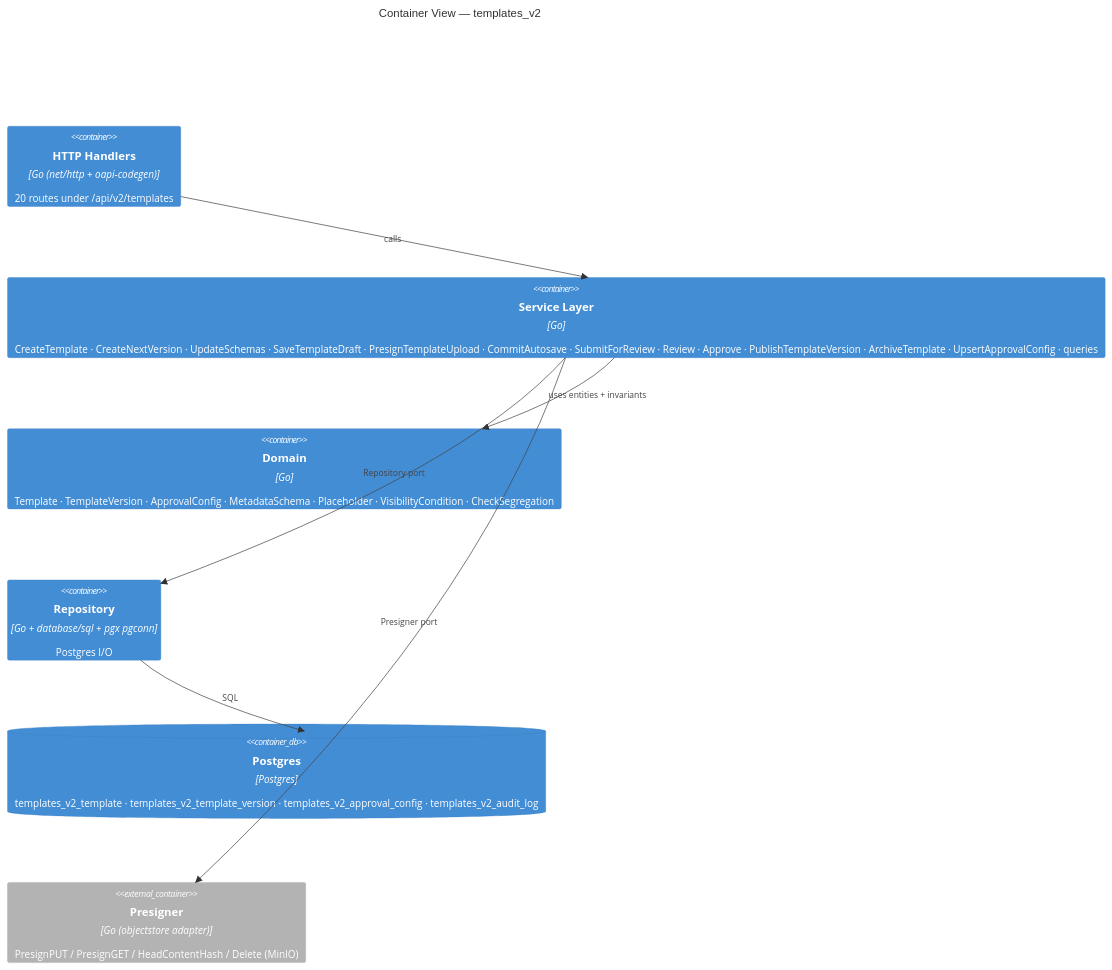
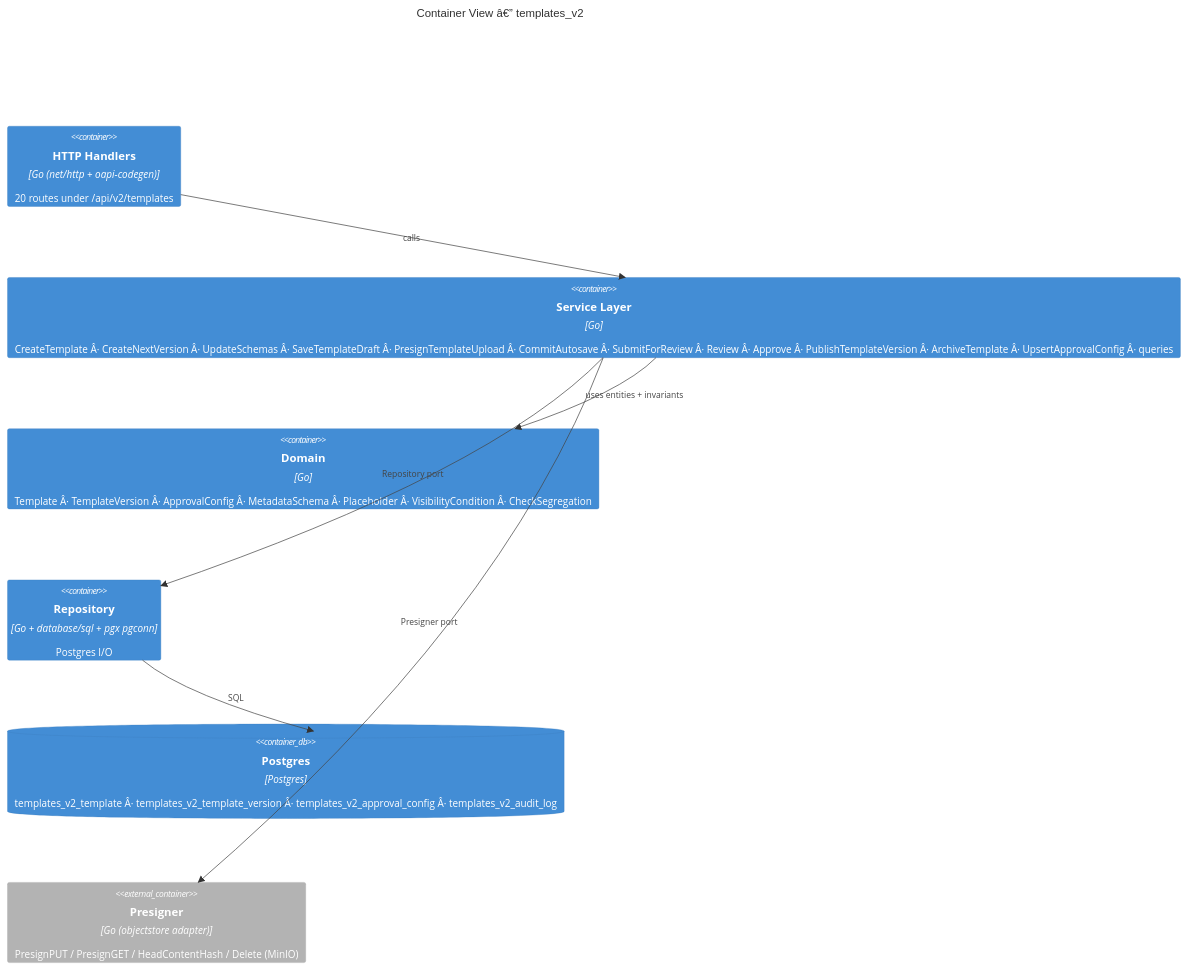
Before and after one commit to developmentconexus-ops/MetalDocs: the second of 5 diagrams in wiki/modules/templates_v2.md, drawn with Mermaid. The commit also changed other lines of this file and 12 other files, not shown here.

````diff
--- a/wiki/modules/templates_v2.md
+++ b/wiki/modules/templates_v2.md
@@ -116,15 +116,15 @@
 ```mermaid
 C4Container
-    title Container View — templates_v2
+    title Container View â€” templates_v2
     Container(http, "HTTP Handlers", "Go (net/http + oapi-codegen)", "20 routes under /api/v2/templates")
-    Container(svc, "Service Layer", "Go", "CreateTemplate · CreateNextVersion · UpdateSchemas · SaveTemplateDraft · PresignTemplateUpload · CommitAutosave · SubmitForReview · Review · Approve · PublishTemplateVersion · ArchiveTemplate · UpsertApprovalConfig · queries")
-    Container(domain, "Domain", "Go", "Template · TemplateVersion · ApprovalConfig · MetadataSchema · Placeholder · VisibilityCondition · CheckSegregation")
+    Container(svc, "Service Layer", "Go", "CreateTemplate Â· CreateNextVersion Â· UpdateSchemas Â· SaveTemplateDraft Â· PresignTemplateUpload Â· CommitAutosave Â· SubmitForReview Â· Review Â· Approve Â· PublishTemplateVersion Â· ArchiveTemplate Â· UpsertApprovalConfig Â· queries")
+    Container(domain, "Domain", "Go", "Template Â· TemplateVersion Â· ApprovalConfig Â· MetadataSchema Â· Placeholder Â· VisibilityCondition Â· CheckSegregation")
     Container(repo, "Repository", "Go + database/sql + pgx pgconn", "Postgres I/O")
-    ContainerDb(db, "Postgres", "Postgres", "templates_v2_template · templates_v2_template_version · templates_v2_approval_config · templates_v2_audit_log")
+    ContainerDb(db, "Postgres", "Postgres", "templates_v2_template Â· templates_v2_template_version Â· templates_v2_approval_config Â· templates_v2_audit_log")
     Container_Ext(presigner, "Presigner", "Go (objectstore adapter)", "PresignPUT / PresignGET / HeadContentHash / Delete (MinIO)")
     Rel(http, svc, "calls")
     Rel(svc, domain, "uses entities + invariants")
     Rel(svc, repo, "Repository port")
     Rel(svc, presigner, "Presigner port")
     Rel(repo, db, "SQL")
 ```
````
